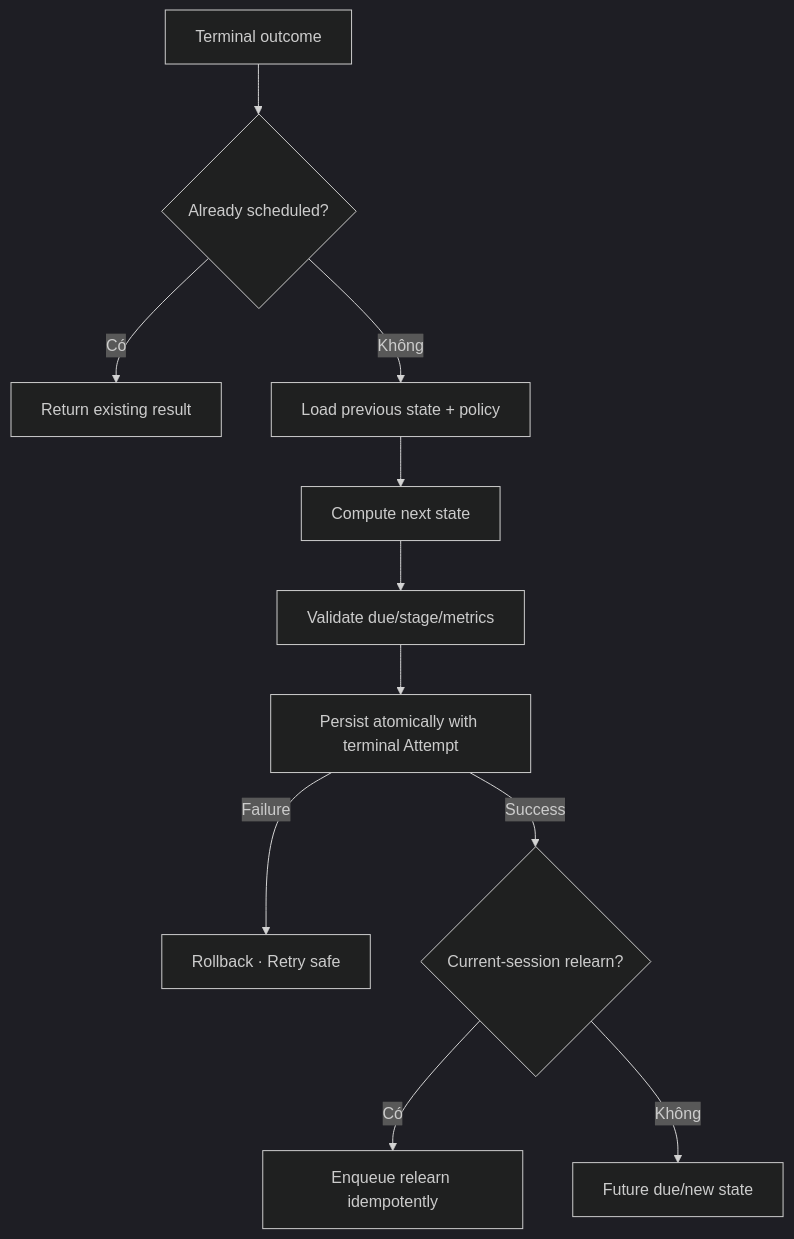
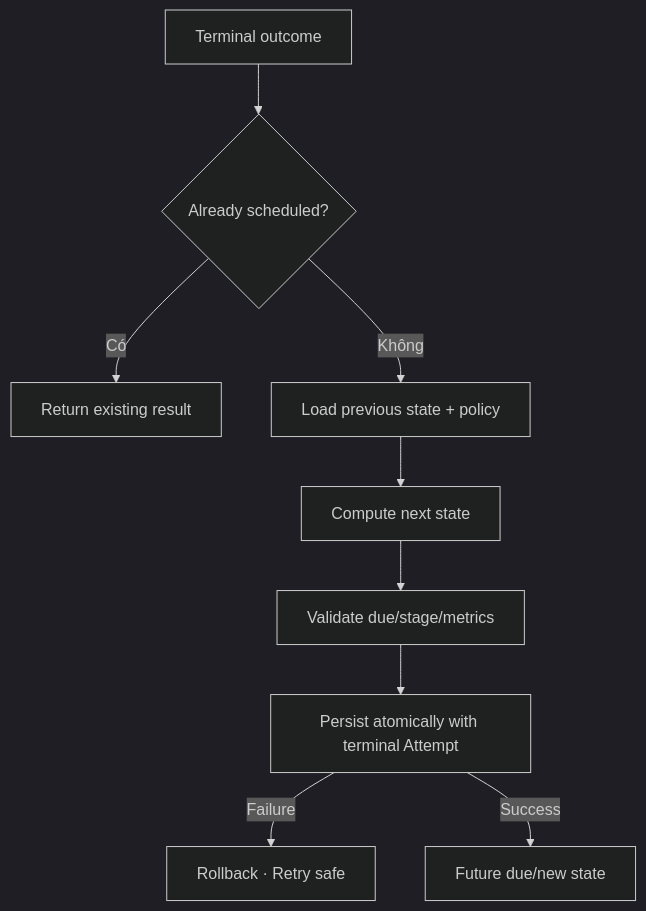
One commit to ntgptit/memox-v6 changed the diagram in docs/business/learning-progress/schedule-next-review.md. Above: the diagram before and after it, drawn with Mermaid (dark theme). The commit also changed other lines of this file and 124 other files, not shown here.

````diff
--- a/docs/business/learning-progress/schedule-next-review.md
+++ b/docs/business/learning-progress/schedule-next-review.md
@@ -39,13 +39,11 @@
 ```mermaid
 flowchart TD
     A["Terminal outcome"] --> B{"Already scheduled?"}
     B -- "Có" --> C["Return existing result"]
     B -- "Không" --> D["Load previous state + policy"]
     D --> E["Compute next state"]
     E --> F["Validate due/stage/metrics"]
     F --> G["Persist atomically with terminal Attempt"]
     G -- "Failure" --> H["Rollback · Retry safe"]
-    G -- "Success" --> I{"Current-session relearn?"}
-    I -- "Có" --> J["Enqueue relearn idempotently"]
-    I -- "Không" --> K["Future due/new state"]
+    G -- "Success" --> I["Future due/new state"]
 ```
````
